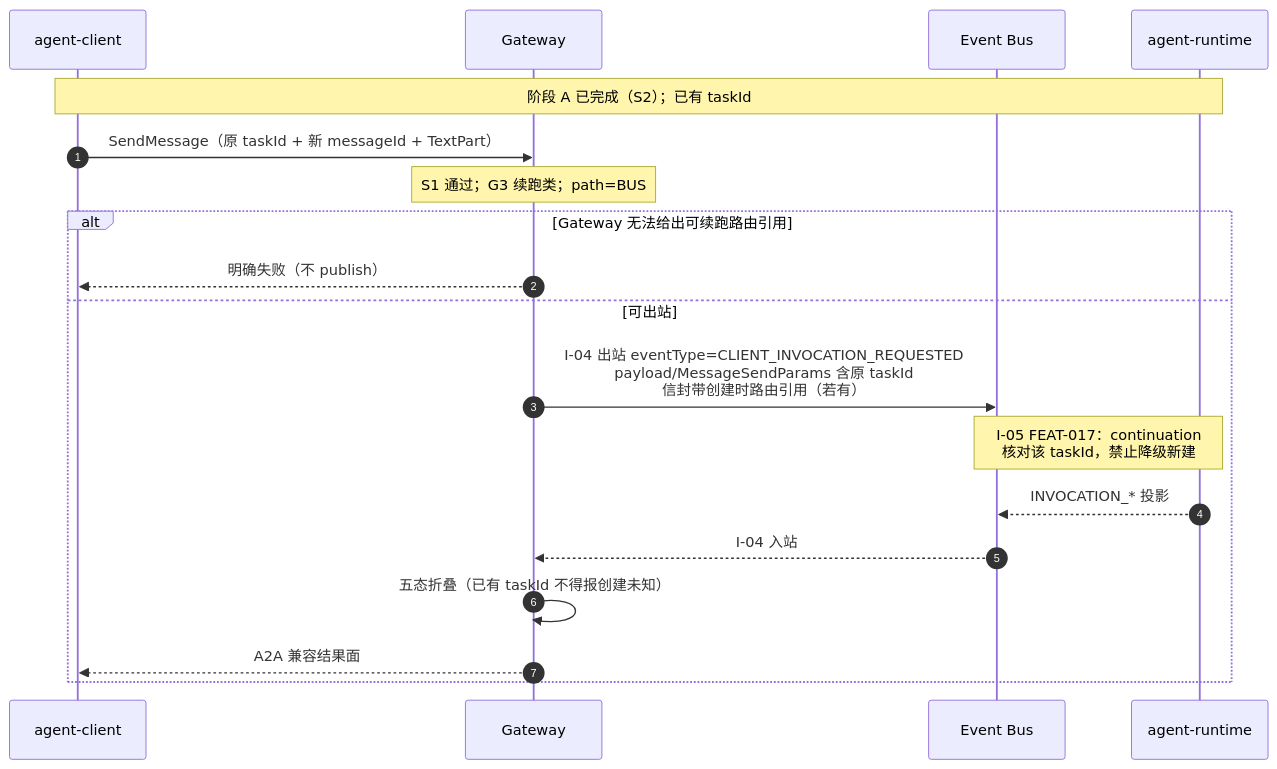
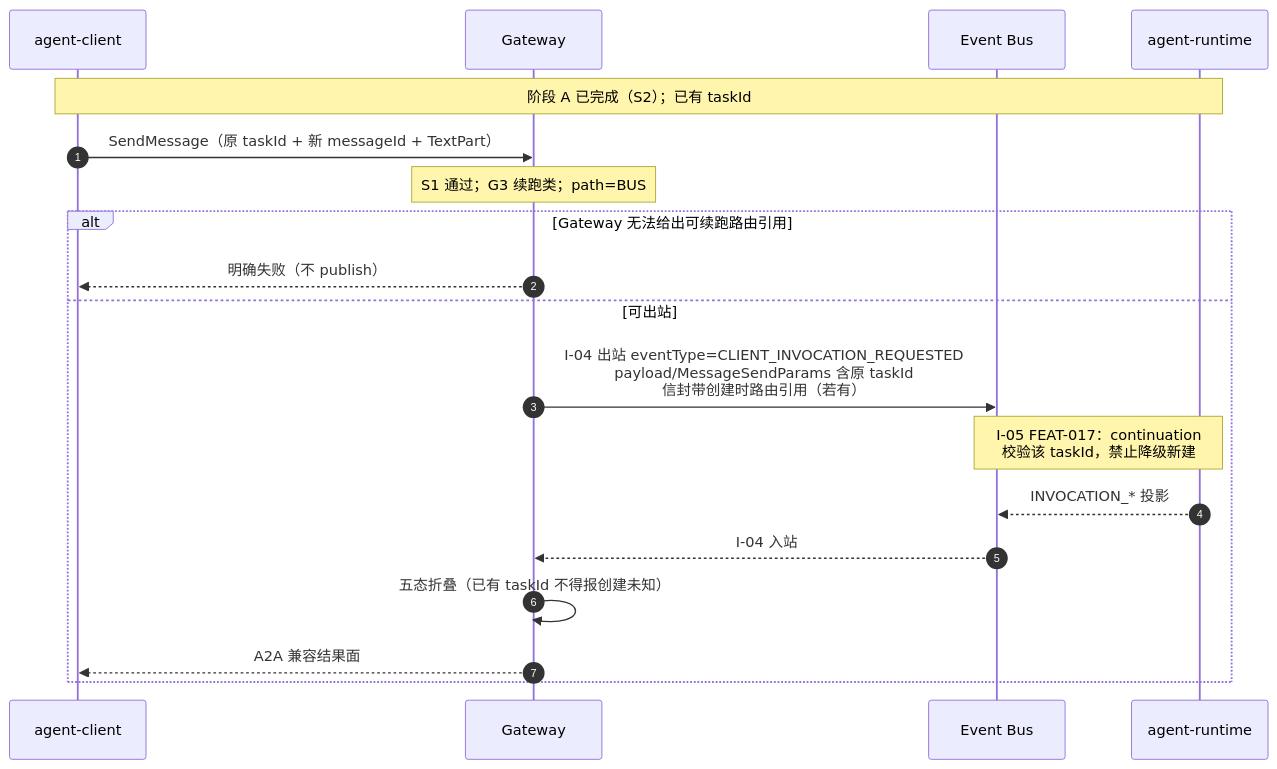
The second of 4 diagrams in architecture/L2-Low-Level-Design/agent-gateway/Feat-Func-012-client-invocation-bus-forwarding.md (chaosxingxc-orion/spring-ai-ascend), drawn with Mermaid before and after one commit. The commit also changed other lines of this file, not shown here.

````diff
--- a/architecture/L2-Low-Level-Design/agent-gateway/Feat-Func-012-client-invocation-bus-forwarding.md
+++ b/architecture/L2-Low-Level-Design/agent-gateway/Feat-Func-012-client-invocation-bus-forwarding.md
@@ -943,22 +943,22 @@
 ```mermaid
 sequenceDiagram
   autonumber
   participant C as agent-client
   participant GW as Gateway
   participant Bus as Event Bus
   participant RT as agent-runtime
 
   Note over C,RT: 阶段 A 已完成（S2）；已有 taskId
   C->>GW: SendMessage（原 taskId + 新 messageId + TextPart）
   Note over GW: S1 通过；G3 续跑类；path=BUS
   alt Gateway 无法给出可续跑路由引用
     GW-->>C: 明确失败（不 publish）
   else 可出站
     GW->>Bus: I-04 出站 eventType=CLIENT_INVOCATION_REQUESTED<br/>payload/MessageSendParams 含原 taskId<br/>信封带创建时路由引用（若有）
-    Note over Bus,RT: I-05 FEAT-017：continuation<br/>核对该 taskId，禁止降级新建
+    Note over Bus,RT: I-05 FEAT-017：continuation<br/>校验该 taskId，禁止降级新建
     RT-->>Bus: INVOCATION_* 投影
     Bus-->>GW: I-04 入站
     GW->>GW: 五态折叠（已有 taskId 不得报创建未知）
     GW-->>C: A2A 兼容结果面
   end
 ```
````
